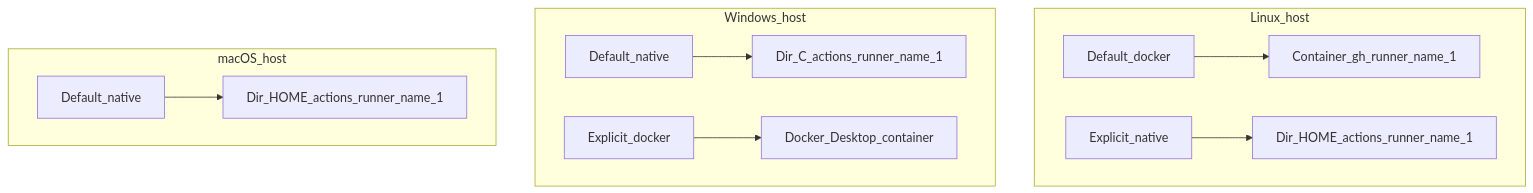
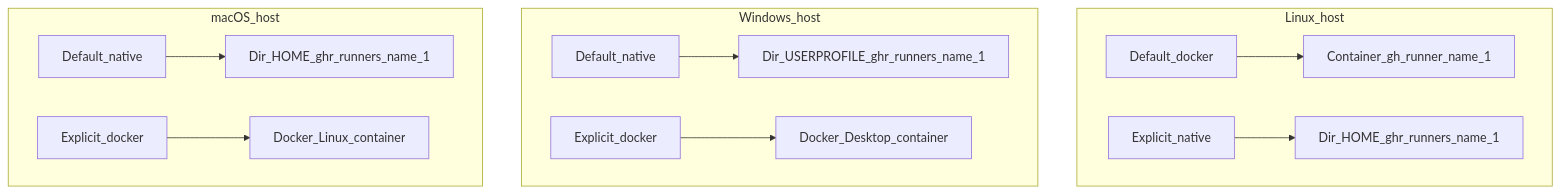
Before and after one commit to baizhiheizi/gh-sr: the second of 5 diagrams in README.md, drawn with Mermaid. The commit also changed other lines of this file and 3 other files, not shown here.

````diff
--- a/README.md
+++ b/README.md
@@ -66,19 +67,21 @@
 ```mermaid
 flowchart TB
   subgraph linuxHost [Linux_host]
     ld[Default_docker]
     ln[Explicit_native]
     ld --> c1[Container_gh_runner_name_1]
-    ln --> d1[Dir_HOME_actions_runner_name_1]
+    ln --> d1[Dir_HOME_ghr_runners_name_1]
   end
   subgraph winHost [Windows_host]
     wn[Default_native]
     wd[Explicit_docker]
-    wn --> wd1[Dir_C_actions_runner_name_1]
+    wn --> wd1[Dir_USERPROFILE_ghr_runners_name_1]
     wd --> wc1[Docker_Desktop_container]
   end
   subgraph macHost [macOS_host]
     mn[Default_native]
-    mn --> md1[Dir_HOME_actions_runner_name_1]
+    md[Explicit_docker]
+    mn --> md1[Dir_HOME_ghr_runners_name_1]
+    md --> mc1[Docker_Linux_container]
   end
 ```
````
